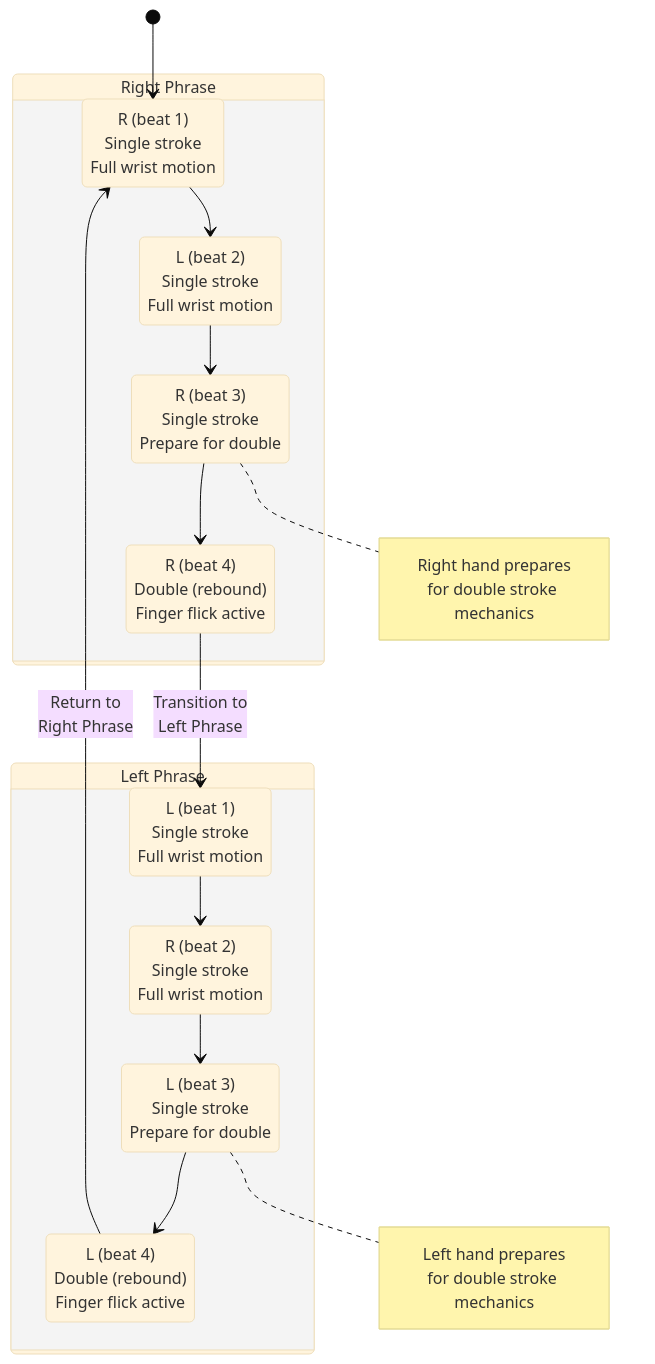
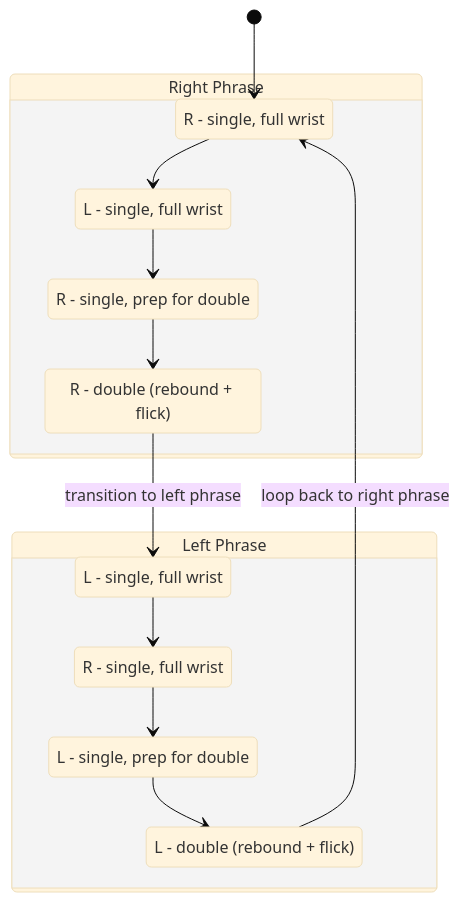
The fourth of 5 diagrams in topics/arts/music_performance/drums/lesson_02_four_limb_independence.md (blebleblee/synapse), drawn with Mermaid (base theme) before and after one commit. The commit also changed other lines of this file and 2 other files, not shown here.

````diff
--- a/topics/arts/music_performance/drums/lesson_02_four_limb_independence.md
+++ b/topics/arts/music_performance/drums/lesson_02_four_limb_independence.md
@@ -258,32 +201,27 @@
 ```mermaid
 stateDiagram-v2
     [*] --> sub_r1
-    
+
     state "Right Phrase" as sub_right {
-        sub_r1: R (beat 1)<br/>Single stroke<br/>Full wrist motion
-        sub_l1: L (beat 2)<br/>Single stroke<br/>Full wrist motion
-        sub_r2: R (beat 3)<br/>Single stroke<br/>Prepare for double
-        sub_r3: R (beat 4)<br/>Double (rebound)<br/>Finger flick active
-        
+        sub_r1: R - single, full wrist
+        sub_l1: L - single, full wrist
+        sub_r2: R - single, prep for double
+        sub_r3: R - double (rebound + flick)
         sub_r1 --> sub_l1
         sub_l1 --> sub_r2
         sub_r2 --> sub_r3
     }
-    
+
     state "Left Phrase" as sub_left {
-        sub_l2: L (beat 1)<br/>Single stroke<br/>Full wrist motion
-        sub_r4: R (beat 2)<br/>Single stroke<br/>Full wrist motion
-        sub_l3: L (beat 3)<br/>Single stroke<br/>Prepare for double
-        sub_l4: L (beat 4)<br/>Double (rebound)<br/>Finger flick active
-        
+        sub_l2: L - single, full wrist
+        sub_r4: R - single, full wrist
+        sub_l3: L - single, prep for double
+        sub_l4: L - double (rebound + flick)
         sub_l2 --> sub_r4
         sub_r4 --> sub_l3
         sub_l3 --> sub_l4
     }
-    
-    sub_r3 --> sub_l2: Transition to<br/>Left Phrase
-    sub_l4 --> sub_r1: Return to<br/>Right Phrase
-    
-    note right of sub_r2: Right hand prepares<br/>for double stroke mechanics
-    note right of sub_l3: Left hand prepares<br/>for double stroke mechanics
+
+    sub_r3 --> sub_l2: transition to left phrase
+    sub_l4 --> sub_r1: loop back to right phrase
 ```
````
